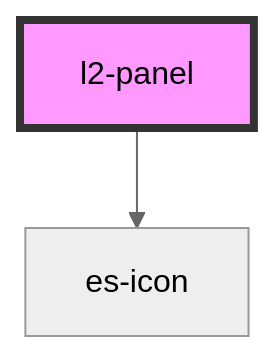
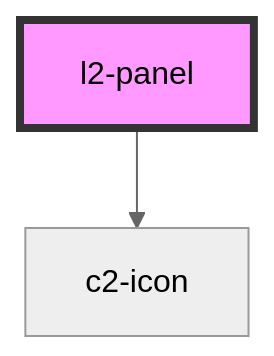
The diagram in packages/layout/src/components/panel/panel/readme.md (EventStore/Design-System), drawn with Mermaid (neutral theme) before and after one commit. The commit also changed other lines of this file and 512 other files, not shown here.

````diff
--- a/packages/layout/src/components/panel/panel/readme.md
+++ b/packages/layout/src/components/panel/panel/readme.md
@@ -67,5 +67,5 @@
 ```mermaid
 graph TD;
-  l2-panel --> es-icon
+  l2-panel --> c2-icon
   style l2-panel fill:#f9f,stroke:#333,stroke-width:4px
 ```
````
